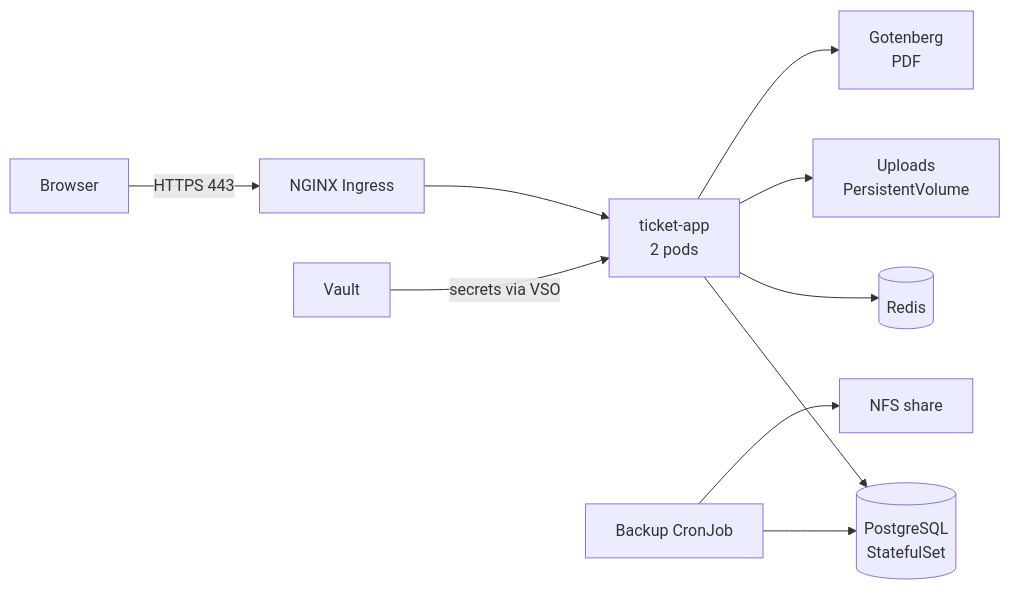
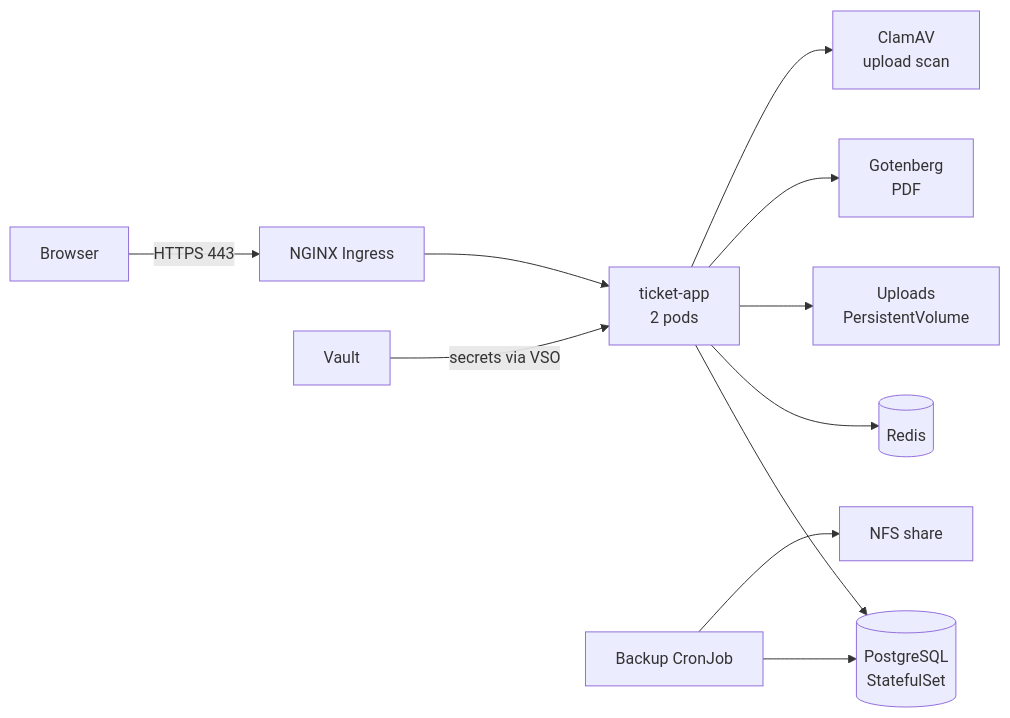
The first of 2 diagrams in docs/ARCHITECTURE.md (bell77m/case-ticket-sys), drawn with Mermaid before and after one commit. The commit also changed other lines of this file and 40 other files, not shown here.

First line of the commit message:
feat: implement YARA scan for guest uploads using ClamAV

````diff
--- a/docs/ARCHITECTURE.md
+++ b/docs/ARCHITECTURE.md
@@ -43,12 +44,13 @@
 ```mermaid
 flowchart LR
     U[Browser] -->|HTTPS 443| X[NGINX Ingress]
     X --> A[ticket-app<br/>2 pods]
     A --> P[(PostgreSQL<br/>StatefulSet)]
     A --> R[(Redis)]
     A --> V[Uploads<br/>PersistentVolume]
     A --> G[Gotenberg<br/>PDF]
+    A --> C[ClamAV<br/>upload scan]
     H[Vault] -->|secrets via VSO| A
     B[Backup CronJob] --> P
     B --> N[NFS share]
 ```
````
